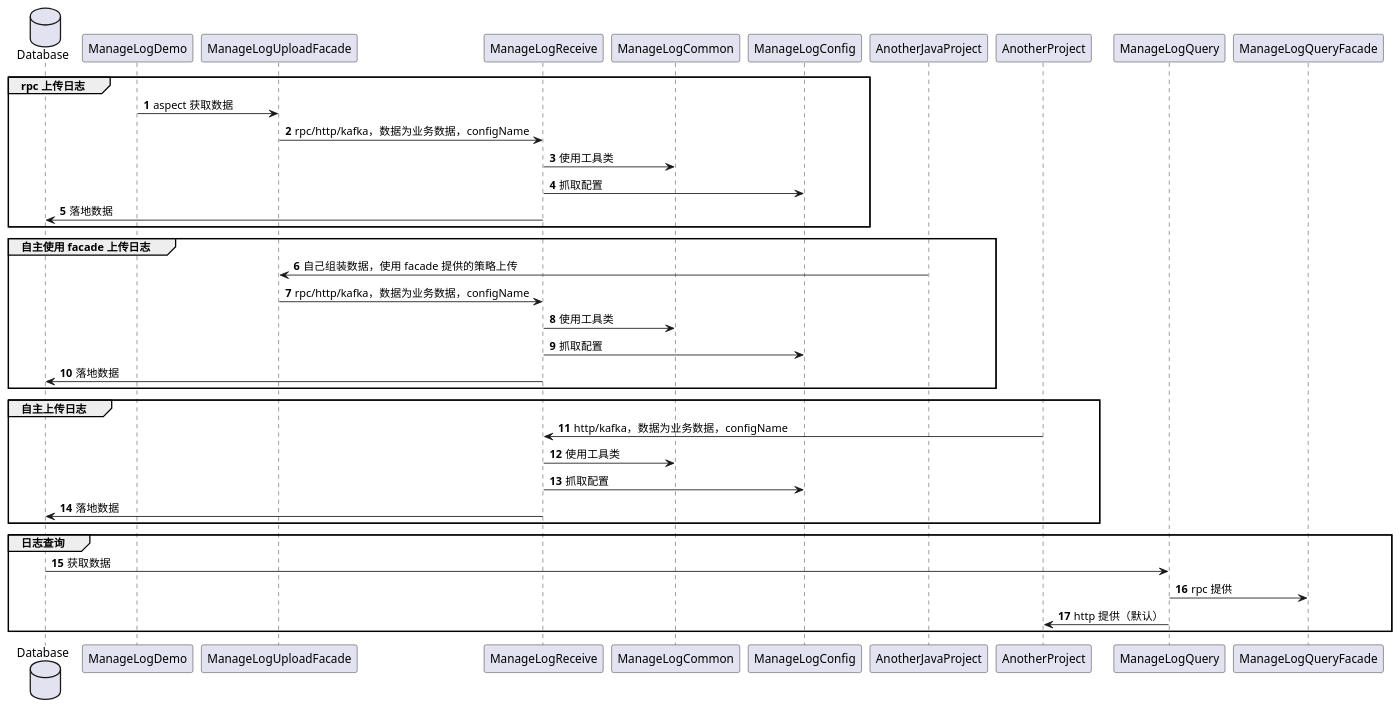
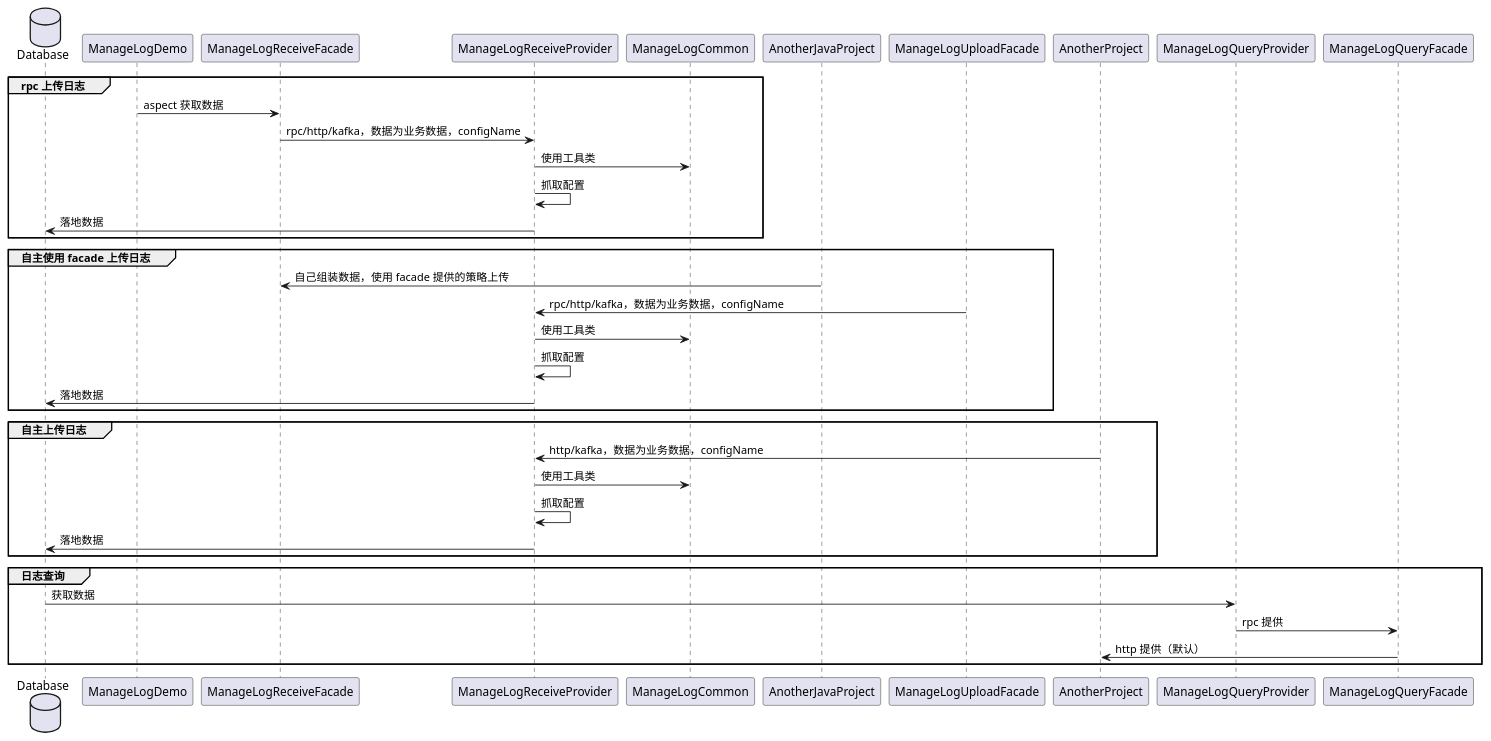
Before and after one commit to cartoonYu/ManageYourLog: the diagram in struct/Struct.puml, drawn with PlantUML. The commit also changed 32 other files, not shown here.

```diff
--- a/struct/Struct.puml
+++ b/struct/Struct.puml
@@ -1,34 +1,34 @@
 @startuml
 'https://plantuml.com/sequence-diagram
 database Database as ManageLog
-autonumber
+
 
 group rpc 上传日志
-ManageLogDemo -> ManageLogUploadFacade: aspect 获取数据
-ManageLogUploadFacade -> ManageLogReceive: rpc/http/kafka，数据为业务数据，configName
-ManageLogReceive -> ManageLogCommon: 使用工具类
-ManageLogReceive -> ManageLogConfig: 抓取配置
-ManageLogReceive -> ManageLog: 落地数据
+ManageLogDemo -> ManageLogReceiveFacade: aspect 获取数据
+ManageLogReceiveFacade -> ManageLogReceiveProvider: rpc/http/kafka，数据为业务数据，configName
+ManageLogReceiveProvider -> ManageLogCommon: 使用工具类
+ManageLogReceiveProvider -> ManageLogReceiveProvider: 抓取配置
+ManageLogReceiveProvider -> ManageLog: 落地数据
 end
 
 group 自主使用 facade 上传日志
-AnotherJavaProject -> ManageLogUploadFacade: 自己组装数据，使用 facade 提供的策略上传
-ManageLogUploadFacade -> ManageLogReceive: rpc/http/kafka，数据为业务数据，configName
-ManageLogReceive -> ManageLogCommon: 使用工具类
-ManageLogReceive -> ManageLogConfig: 抓取配置
-ManageLogReceive -> ManageLog: 落地数据
+AnotherJavaProject -> ManageLogReceiveFacade: 自己组装数据，使用 facade 提供的策略上传
+ManageLogUploadFacade -> ManageLogReceiveProvider: rpc/http/kafka，数据为业务数据，configName
+ManageLogReceiveProvider -> ManageLogCommon: 使用工具类
+ManageLogReceiveProvider -> ManageLogReceiveProvider: 抓取配置
+ManageLogReceiveProvider -> ManageLog: 落地数据
 end
 
 group 自主上传日志
-AnotherProject -> ManageLogReceive: http/kafka，数据为业务数据，configName
-ManageLogReceive -> ManageLogCommon: 使用工具类
-ManageLogReceive -> ManageLogConfig: 抓取配置
-ManageLogReceive -> ManageLog: 落地数据
+AnotherProject -> ManageLogReceiveProvider: http/kafka，数据为业务数据，configName
+ManageLogReceiveProvider -> ManageLogCommon: 使用工具类
+ManageLogReceiveProvider -> ManageLogReceiveProvider: 抓取配置
+ManageLogReceiveProvider -> ManageLog: 落地数据
 end
 
 group 日志查询
-ManageLog -> ManageLogQuery: 获取数据
-ManageLogQuery -> ManageLogQueryFacade: rpc 提供
-ManageLogQuery -> AnotherProject: http 提供（默认）
+ManageLog -> ManageLogQueryProvider: 获取数据
+ManageLogQueryProvider -> ManageLogQueryFacade: rpc 提供
+ManageLogQueryFacade -> AnotherProject: http 提供（默认）
 end
 @enduml
```
